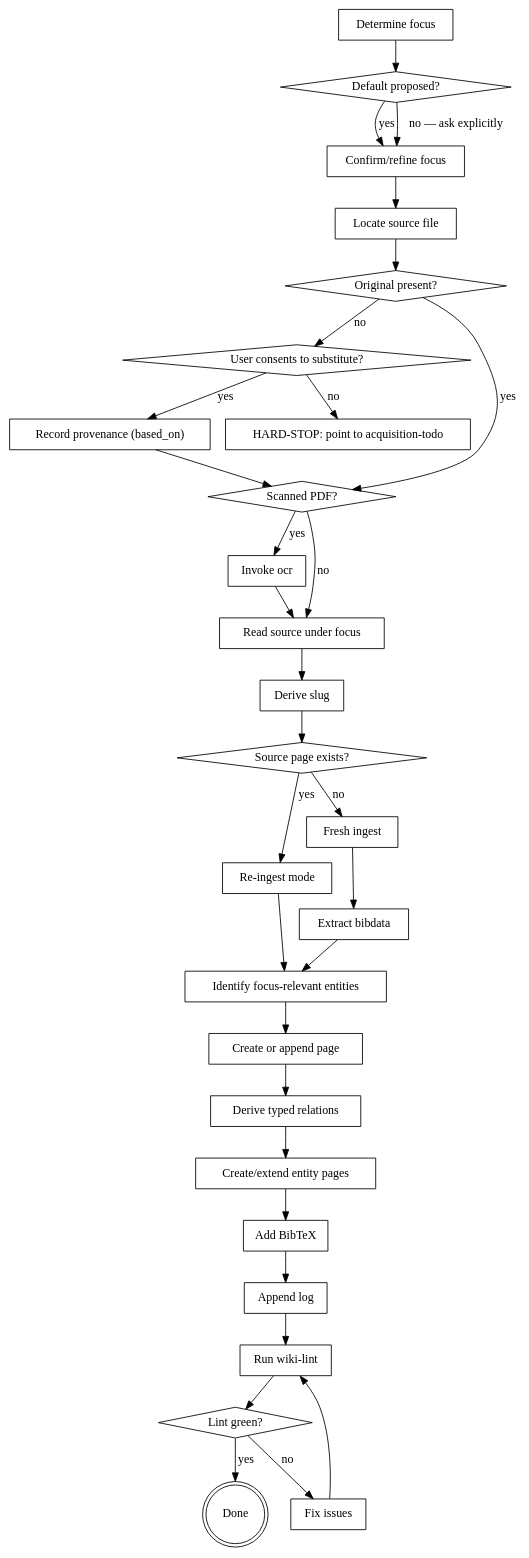
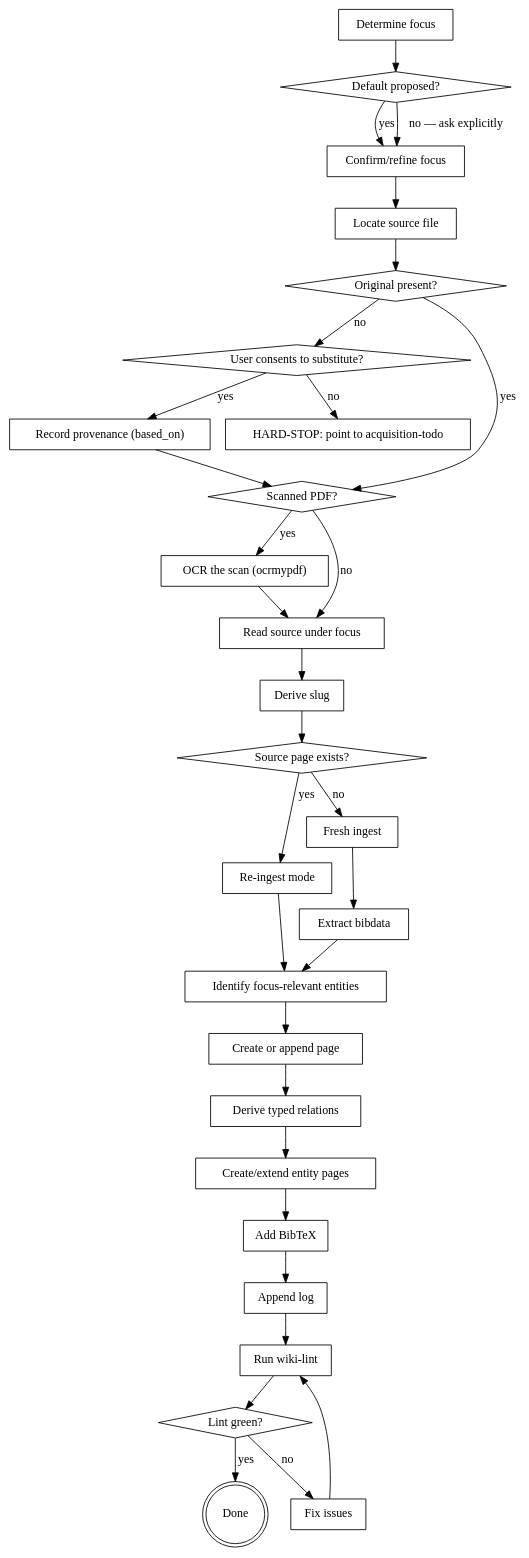
One commit to leiverkus/research-superpowers changed the diagram in skills/ingest-source/SKILL.md. Above: the diagram before and after it, drawn with Graphviz. The commit also changed other lines of this file and 8 other files, not shown here.

````diff
--- a/skills/ingest-source/SKILL.md
+++ b/skills/ingest-source/SKILL.md
@@ -146,61 +146,61 @@
 ```dot
 digraph ingest {
     "Determine focus" [shape=box];
     "Default proposed?" [shape=diamond];
     "Confirm/refine focus" [shape=box];
     "Locate source file" [shape=box];
     "Original present?" [shape=diamond];
     "HARD-STOP: point to acquisition-todo" [shape=box];
     "User consents to substitute?" [shape=diamond];
     "Record provenance (based_on)" [shape=box];
     "Scanned PDF?" [shape=diamond];
-    "Invoke ocr" [shape=box];
+    "OCR the scan (ocrmypdf)" [shape=box];
     "Read source under focus" [shape=box];
     "Derive slug" [shape=box];
     "Source page exists?" [shape=diamond];
     "Re-ingest mode" [shape=box];
     "Fresh ingest" [shape=box];
     "Extract bibdata" [shape=box];
     "Identify focus-relevant entities" [shape=box];
     "Create or append page" [shape=box];
     "Derive typed relations" [shape=box];
     "Create/extend entity pages" [shape=box];
     "Add BibTeX" [shape=box];
     "Append log" [shape=box];
     "Run wiki-lint" [shape=box];
     "Lint green?" [shape=diamond];
     "Fix issues" [shape=box];
     "Done" [shape=doublecircle];
 
     "Determine focus" -> "Default proposed?";
     "Default proposed?" -> "Confirm/refine focus" [label="yes"];
     "Default proposed?" -> "Confirm/refine focus" [label="no — ask explicitly"];
     "Confirm/refine focus" -> "Locate source file";
     "Locate source file" -> "Original present?";
     "Original present?" -> "Scanned PDF?" [label="yes"];
     "Original present?" -> "User consents to substitute?" [label="no"];
     "User consents to substitute?" -> "HARD-STOP: point to acquisition-todo" [label="no"];
     "User consents to substitute?" -> "Record provenance (based_on)" [label="yes"];
     "Record provenance (based_on)" -> "Scanned PDF?";
-    "Scanned PDF?" -> "Invoke ocr" [label="yes"];
+    "Scanned PDF?" -> "OCR the scan (ocrmypdf)" [label="yes"];
     "Scanned PDF?" -> "Read source under focus" [label="no"];
-    "Invoke ocr" -> "Read source under focus";
+    "OCR the scan (ocrmypdf)" -> "Read source under focus";
     "Read source under focus" -> "Derive slug";
     "Derive slug" -> "Source page exists?";
     "Source page exists?" -> "Re-ingest mode" [label="yes"];
     "Source page exists?" -> "Fresh ingest" [label="no"];
     "Fresh ingest" -> "Extract bibdata";
     "Re-ingest mode" -> "Identify focus-relevant entities";
     "Extract bibdata" -> "Identify focus-relevant entities";
     "Identify focus-relevant entities" -> "Create or append page";
     "Create or append page" -> "Derive typed relations";
     "Derive typed relations" -> "Create/extend entity pages";
     "Create/extend entity pages" -> "Add BibTeX";
     "Add BibTeX" -> "Append log";
     "Append log" -> "Run wiki-lint";
     "Run wiki-lint" -> "Lint green?";
     "Lint green?" -> "Fix issues" [label="no"];
     "Fix issues" -> "Run wiki-lint";
     "Lint green?" -> "Done" [label="yes"];
 }
 ```
````
